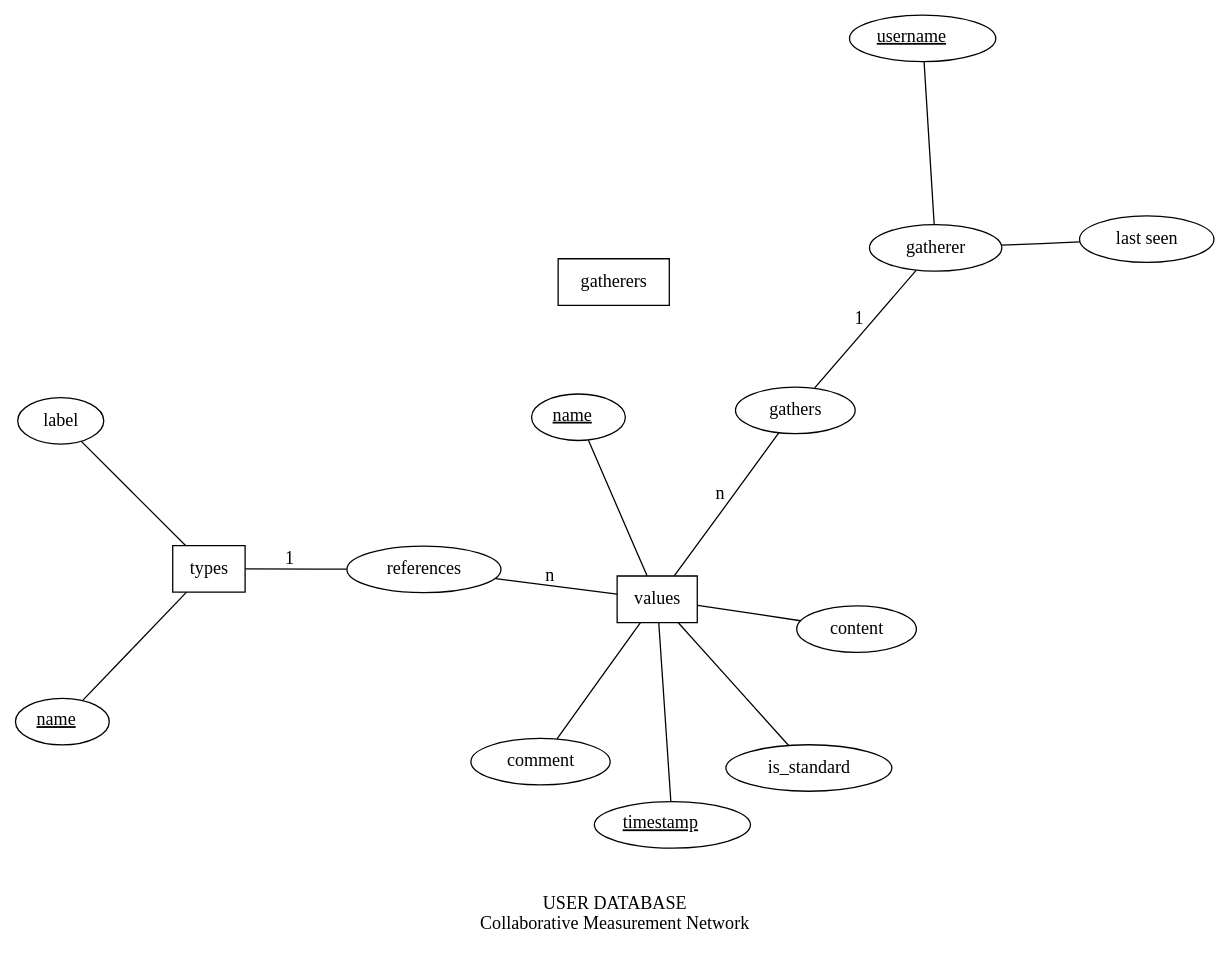
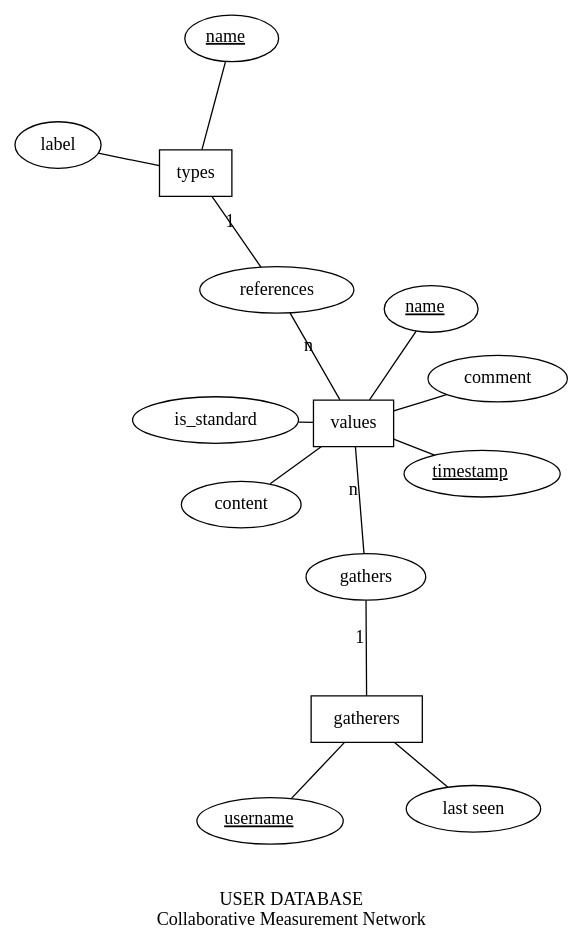
One commit to gruener-campus-malchow/colamator changed the diagram in doc/erm.dot. Above: the diagram before and after it, drawn with Graphviz. The commit also changed 1 other file, not shown here.

```diff
--- a/doc/erm.dot
+++ b/doc/erm.dot
@@ -1,41 +1,41 @@
 graph ER {
 
   layout=neato;
    //overlap = scale;
    overlap = false;
 
   node [shape=box]; types; values; gatherers;
 
   node [shape=ellipse];  name0; name1; username; label; comment; content; timestamp; status; is_standard;
 
   //node [shape=diamond,style=filled,color=lightgrey] {"classifies";} 
 
   name0 -- types;
   label -- types;
   name0 [label=<<u>name</u>>];
 
   name1 -- values;
   content -- values;
   is_standard -- values;
   timestamp -- values;
   comment -- values;
   name1 [label=<<u>name</u>>];
   timestamp [label=<<u>timestamp</u>>];
 
-  username -- gatherer;
-  status -- gatherer;
+  username -- gatherers;
+  status -- gatherers;
   username [label=<<u>username</u>>];
   status [label="last seen"];
 
  // types -- "classifies" [label="1",len=1.00];
  // values -- "classifies" [label="n",len=1.00];
 
   types -- "references" [label="1",len=1.00];
   values -- "references" [label="n",len=1.00];
 
-  gatherer -- "gathers" [label="1",len=1.00];
+  gatherers -- "gathers" [label="1",len=1.00];
   values -- "gathers" [label="n",len=1.00];
 
   label = "\n\nUSER DATABASE\nCollaborative Measurement Network";
   fontsize=14;
 }
```
